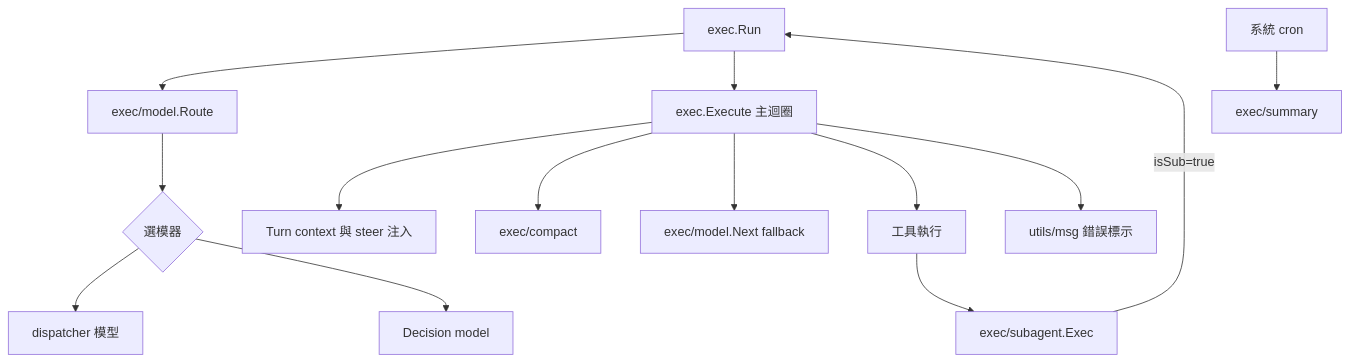
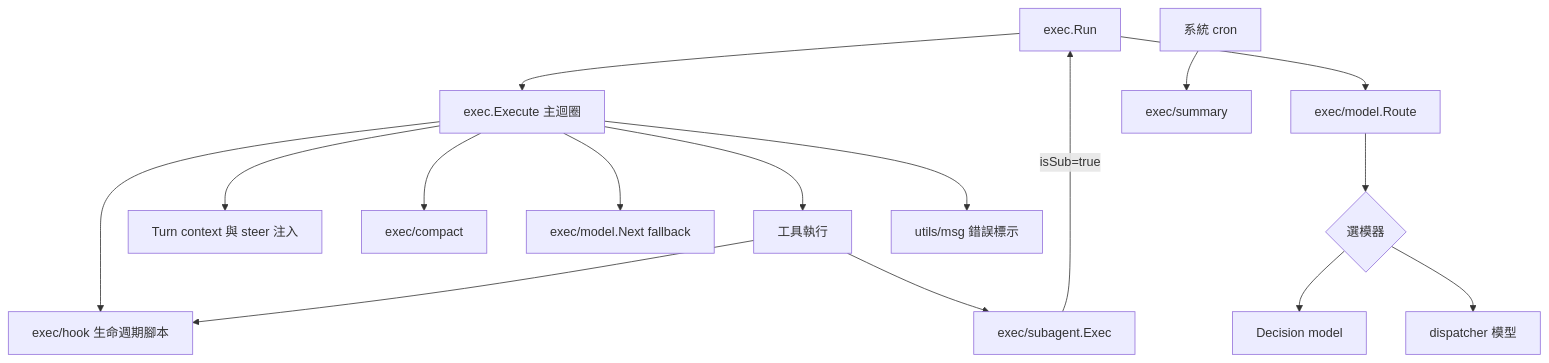
The fifth of 10 diagrams in doc/architecture.zh.md (pardnchiu/Agenvoy), drawn with Mermaid before and after one commit. The commit also changed other lines of this file and 5 other files, not shown here.

Commit message:
doc: Document lifecycle hooks, hook API and tools, TUI updates and denied paths

````diff
--- a/doc/architecture.zh.md
+++ b/doc/architecture.zh.md
@@ -116,16 +117,18 @@
 ```mermaid
 graph TB
     Run[exec.Run] --> Route[exec/model.Route]
     Route --> Selector{選模器}
     Selector --> LLM[dispatcher 模型]
     Selector --> Decision[Decision model]
     Run --> Execute[exec.Execute 主迴圈]
     Execute --> Turn[Turn context 與 steer 注入]
     Execute --> Compact[exec/compact]
     Execute --> Next[exec/model.Next fallback]
     Execute --> Tools[工具執行]
     Tools --> Sub[exec/subagent.Exec]
     Sub -->|isSub=true| Run
     Cron[系統 cron] --> Summary[exec/summary]
     Execute --> Msg[utils/msg 錯誤標示]
+    Execute --> Hook[exec/hook 生命週期腳本]
+    Tools --> Hook
 ```
````
